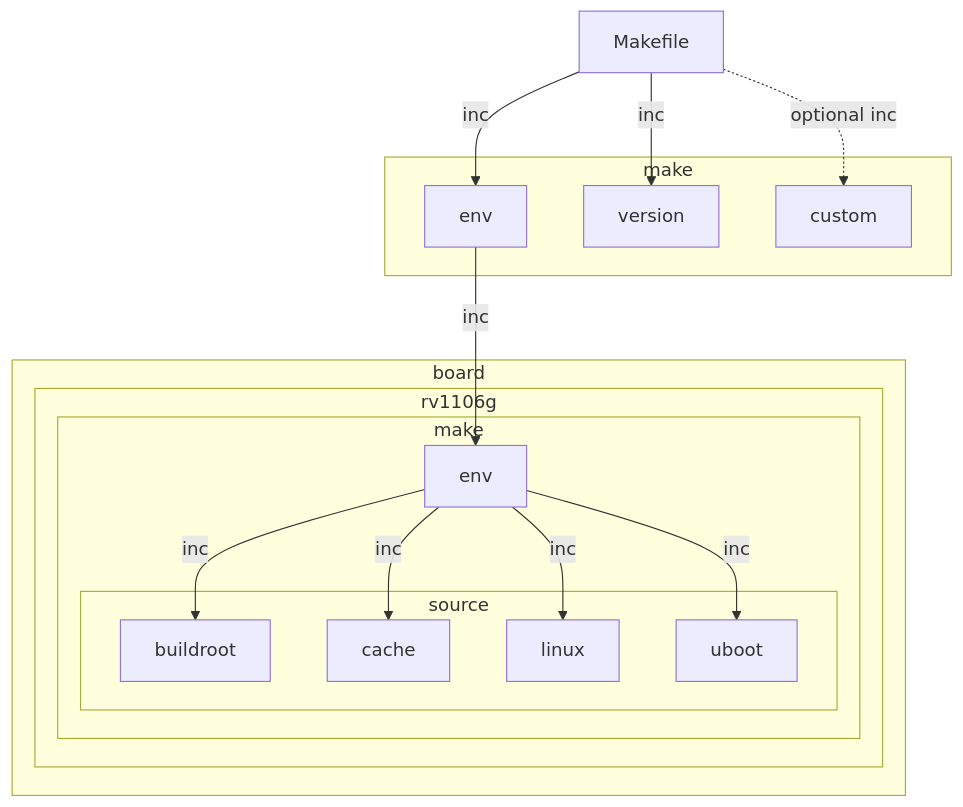
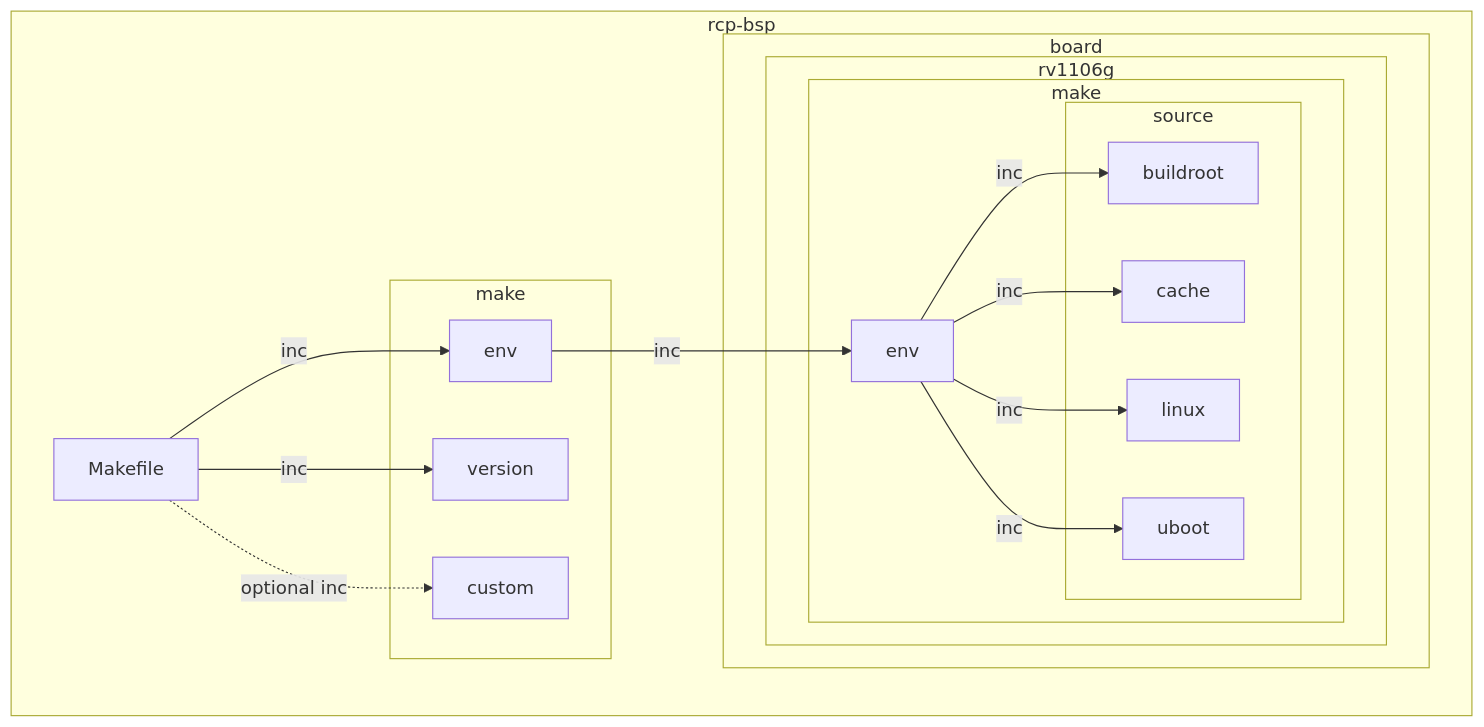
One commit to tactacam-ryanmoe/markdown-test changed the first of 2 diagrams in README.md. Above: the diagram before and after it, drawn with Mermaid. The commit also changed other lines of this file, not shown here.

````diff
--- a/README.md
+++ b/README.md
@@ -3,35 +3,37 @@
 ```mermaid
 flowchart TB
-    Makefile
-
-    subgraph make1[make]
-        make_env[env]
-        make_version[version]
-        make_custom[custom]
-    end
-
-    subgraph board
-        subgraph rv1106g
-            subgraph make2[make]
-                board_env[env]
-                subgraph source
-                    board_buildroot[buildroot]
-                    board_cache[cache]
-                    board_linux[linux]
-                    board_uboot[uboot]
+    subgraph rcp-bsp
+        Makefile
+    
+        subgraph make1[make]
+            make_env[env]
+            make_version[version]
+            make_custom[custom]
+        end
+    
+        subgraph board
+            subgraph rv1106g
+                subgraph make2[make]
+                    board_env[env]
+                    subgraph source
+                        board_buildroot[buildroot]
+                        board_cache[cache]
+                        board_linux[linux]
+                        board_uboot[uboot]
+                    end
                 end
             end
         end
+    
+        Makefile -- inc --> make_env
+        Makefile -- inc--> make_version
+        Makefile -. optional inc .-> make_custom
+    
+        make_env -- inc --> board_env
+    
+        board_env -- inc --> board_buildroot
+        board_env -- inc --> board_cache
+        board_env -- inc --> board_linux
+        board_env -- inc --> board_uboot
     end
-
-    Makefile -- inc --> make_env
-    Makefile -- inc--> make_version
-    Makefile -. optional inc .-> make_custom
-
-    make_env -- inc --> board_env
-
-    board_env -- inc --> board_buildroot
-    board_env -- inc --> board_cache
-    board_env -- inc --> board_linux
-    board_env -- inc --> board_uboot
 ```
````
